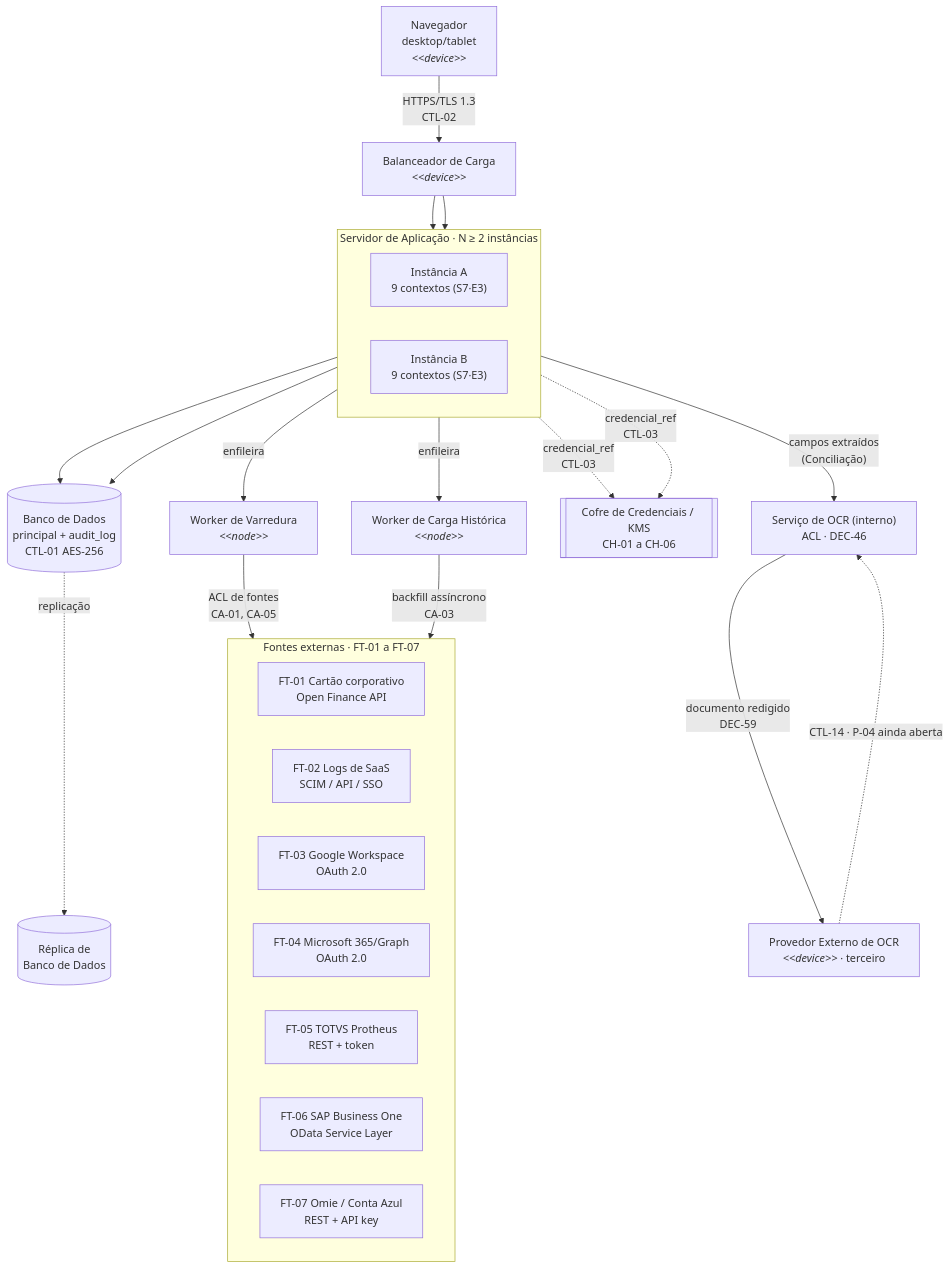
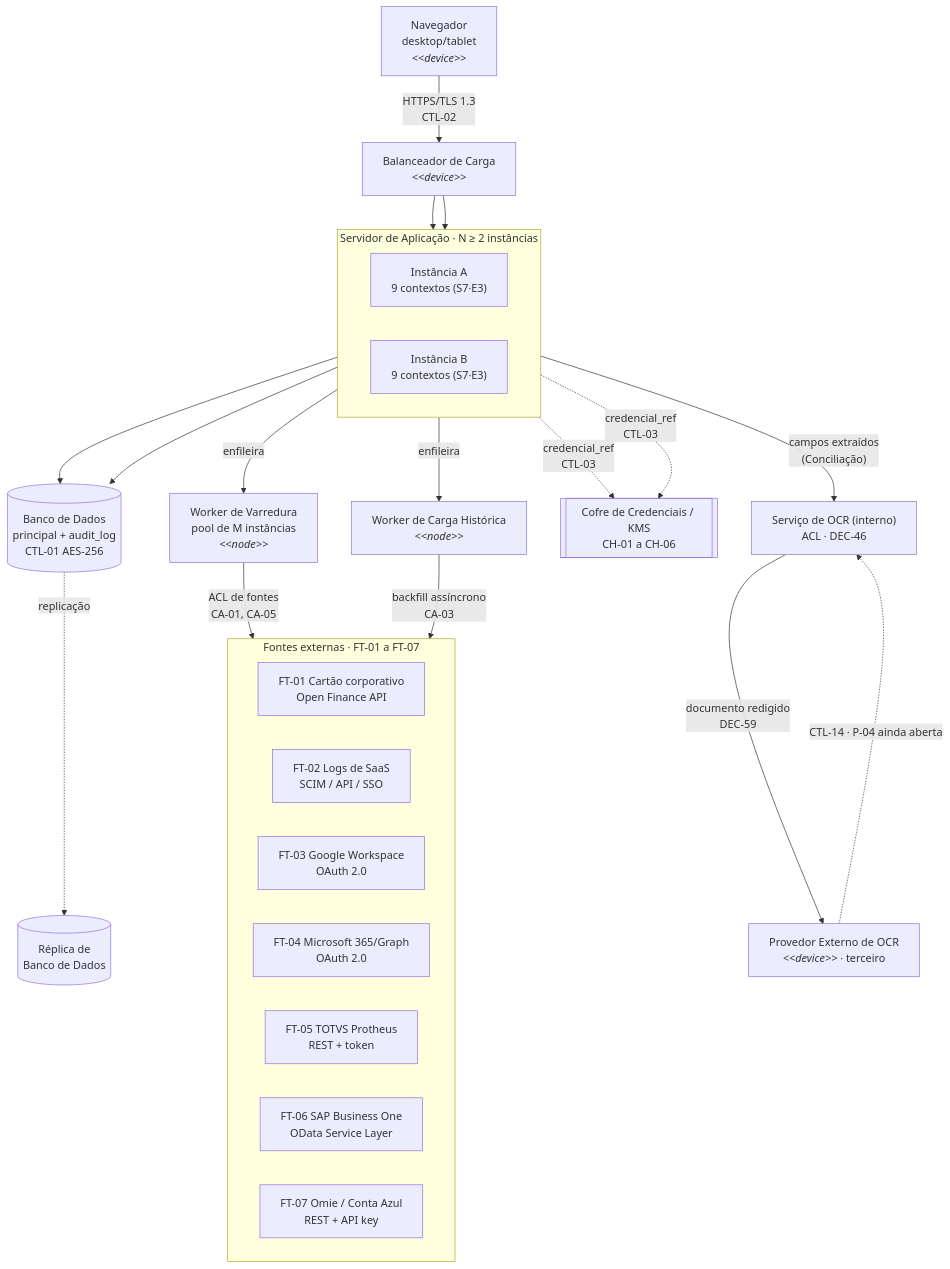
The diagram in semana-11/entregavel-03-diagrama-implantacao.md (ES-2026-2/PS), drawn with Mermaid before and after one commit. The commit also changed other lines of this file and 1 other file, not shown here.

Commit message:
Endereça P-39 (RNF-05) no diagrama de implantação

````diff
--- a/semana-11/entregavel-03-diagrama-implantacao.md
+++ b/semana-11/entregavel-03-diagrama-implantacao.md
@@ -55,52 +56,52 @@
 ```mermaid
 flowchart TB
     NAV["Navegador<br/>desktop/tablet<br/><i>&lt;&lt;device&gt;&gt;</i>"]
     LB["Balanceador de Carga<br/><i>&lt;&lt;device&gt;&gt;</i>"]
 
     subgraph APP["Servidor de Aplicação · N ≥ 2 instâncias"]
         direction LR
         APP1["Instância A<br/>9 contextos (S7·E3)"]
         APP2["Instância B<br/>9 contextos (S7·E3)"]
     end
 
-    WV["Worker de Varredura<br/><i>&lt;&lt;node&gt;&gt;</i>"]
+    WV["Worker de Varredura<br/>pool de M instâncias<br/><i>&lt;&lt;node&gt;&gt;</i>"]
     WH["Worker de Carga Histórica<br/><i>&lt;&lt;node&gt;&gt;</i>"]
 
     DB[("Banco de Dados<br/>principal + audit_log<br/>CTL-01 AES-256")]
     DBR[("Réplica de<br/>Banco de Dados")]
 
     KMS[["Cofre de Credenciais / KMS<br/>CH-01 a CH-06"]]
     OCR["Serviço de OCR (interno)<br/>ACL · DEC-46"]
     OCREXT["Provedor Externo de OCR<br/><i>&lt;&lt;device&gt;&gt;</i> · terceiro"]
 
     subgraph EXT["Fontes externas · FT-01 a FT-07"]
         FT1["FT-01 Cartão corporativo<br/>Open Finance API"]
         FT2["FT-02 Logs de SaaS<br/>SCIM / API / SSO"]
         FT3["FT-03 Google Workspace<br/>OAuth 2.0"]
         FT4["FT-04 Microsoft 365/Graph<br/>OAuth 2.0"]
         FT5["FT-05 TOTVS Protheus<br/>REST + token"]
         FT6["FT-06 SAP Business One<br/>OData Service Layer"]
         FT7["FT-07 Omie / Conta Azul<br/>REST + API key"]
     end
 
     NAV -->|"HTTPS/TLS 1.3<br/>CTL-02"| LB
     LB --> APP1
     LB --> APP2
 
     APP1 --> DB
     APP2 --> DB
     DB -.->|"replicação"| DBR
 
     APP1 -.->|"credencial_ref<br/>CTL-03"| KMS
     APP2 -.->|"credencial_ref<br/>CTL-03"| KMS
 
     APP1 -->|"enfileira"| WV
     APP2 -->|"enfileira"| WH
 
     WV -->|"ACL de fontes<br/>CA-01, CA-05"| EXT
     WH -->|"backfill assíncrono<br/>CA-03"| EXT
 
     APP1 -->|"campos extraídos<br/>(Conciliação)"| OCR
     OCR -->|"documento redigido<br/>DEC-59"| OCREXT
     OCREXT -.->|"CTL-14 · P-04 ainda aberta"| OCR
 ```
````
